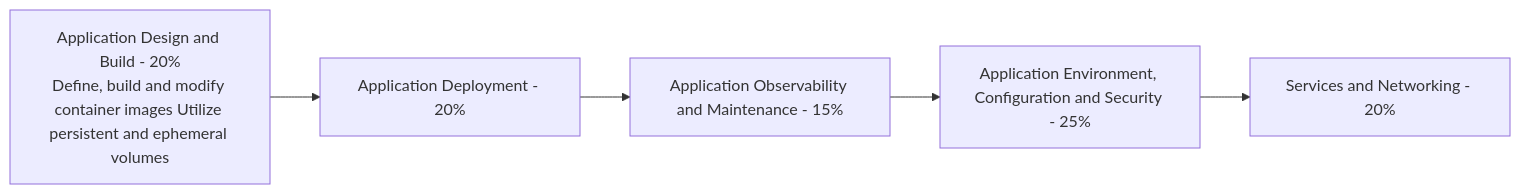
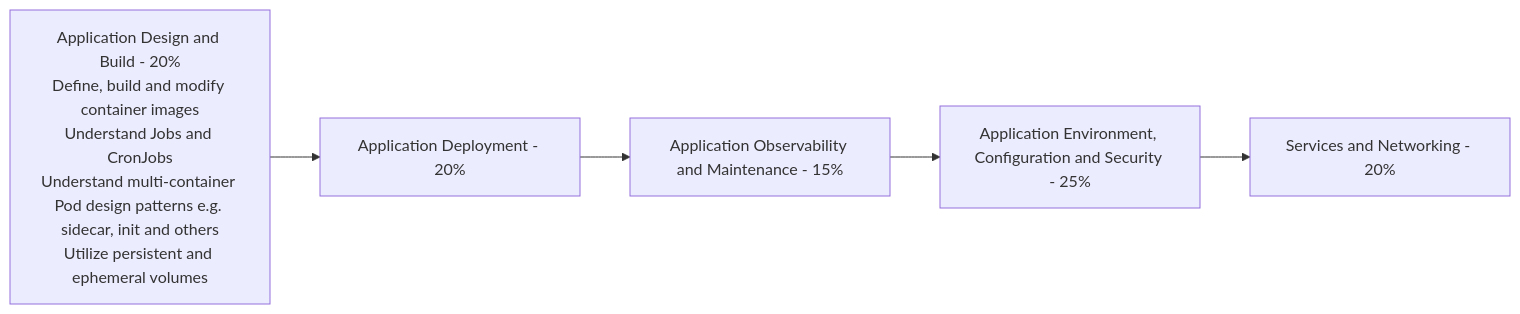
One commit to edithturn/CKAD-training changed the diagram in README.md. Above: the diagram before and after it, drawn with Mermaid.

Commit message:
CKAD 2021 domain

````diff
--- a/README.md
+++ b/README.md
@@ -13,9 +13,9 @@
 ```mermaid
 flowchart LR
-A[Application Design and Build - 20%<br />Define, build and modify container images Utilize persistent and ephemeral volumes] --> B
+A[Application Design and Build - 20%<br />Define, build and modify container images<br />Understand Jobs and CronJobs<br />Understand multi-container Pod design patterns e.g. sidecar, init and others<br />Utilize persistent and ephemeral volumes] --> B
 
 B[Application Deployment - 20%] --> C
 C[Application Observability and Maintenance - 15%] --> D
 D[Application Environment, Configuration and Security - 25%]  --> E
 E[Services and Networking - 20%]
 ```
````
